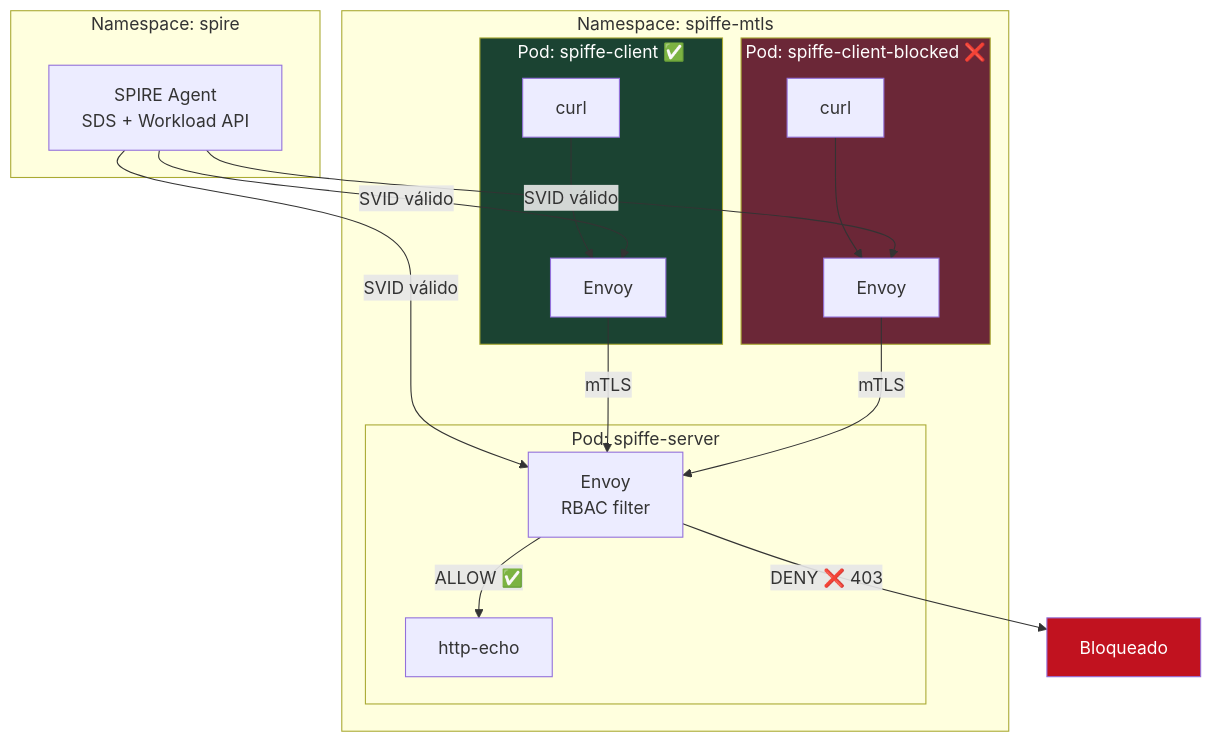
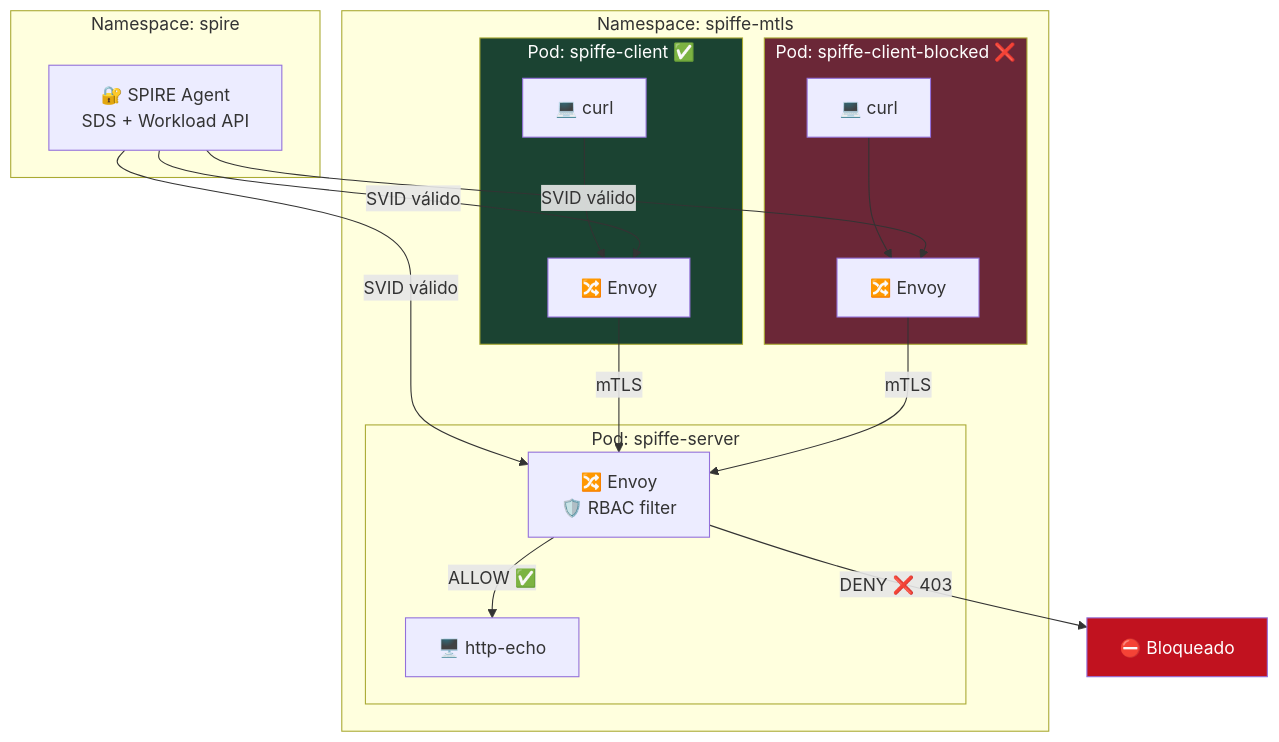
The first of 2 diagrams in lab03-spiffe-id-authorization/README_lab03.md (glmrleite/spiffe-spire-workload-identity-lab), drawn with Mermaid before and after one commit. The commit also changed other lines of this file and 3 other files, not shown here.

````diff
--- a/lab03-spiffe-id-authorization/README_lab03.md
+++ b/lab03-spiffe-id-authorization/README_lab03.md
@@ -67,33 +67,33 @@
 ```mermaid
 flowchart TD
     subgraph spire["Namespace: spire"]
-        AGENT[SPIRE Agent\nSDS + Workload API]
+        AGENT["🔐 SPIRE Agent\nSDS + Workload API"]
     end
 
     subgraph mtls["Namespace: spiffe-mtls"]
         subgraph allowed["Pod: spiffe-client ✅"]
-            C1[curl] --> EC1[Envoy]
+            C1["💻 curl"] --> EC1["🔀 Envoy"]
         end
         subgraph blocked["Pod: spiffe-client-blocked ❌"]
-            C2[curl] --> EC2[Envoy]
+            C2["💻 curl"] --> EC2["🔀 Envoy"]
         end
         subgraph srv["Pod: spiffe-server"]
-            ES[Envoy\nRBAC filter]
-            APP[http-echo]
+            ES["🔀 Envoy\n🛡️ RBAC filter"]
+            APP["🖥️ http-echo"]
         end
     end
 
     AGENT -->|SVID válido| EC1
     AGENT -->|SVID válido| EC2
     AGENT -->|SVID válido| ES
 
     EC1 -->|mTLS| ES
     EC2 -->|mTLS| ES
 
     ES -->|ALLOW ✅| APP
-    ES -->|DENY ❌ 403| DENY[Bloqueado]
+    ES -->|DENY ❌ 403| DENY["⛔ Bloqueado"]
 
     style allowed fill:#1b4332,color:#fff
     style blocked fill:#6b2737,color:#fff
     style DENY fill:#c1121f,color:#fff
 ```
````
